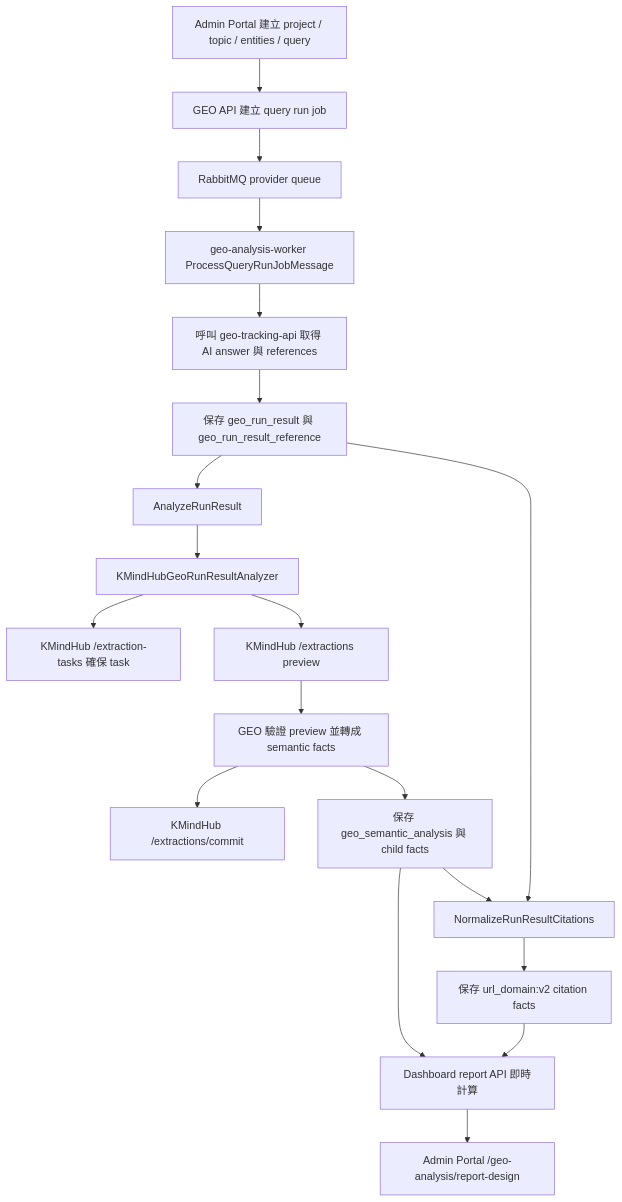
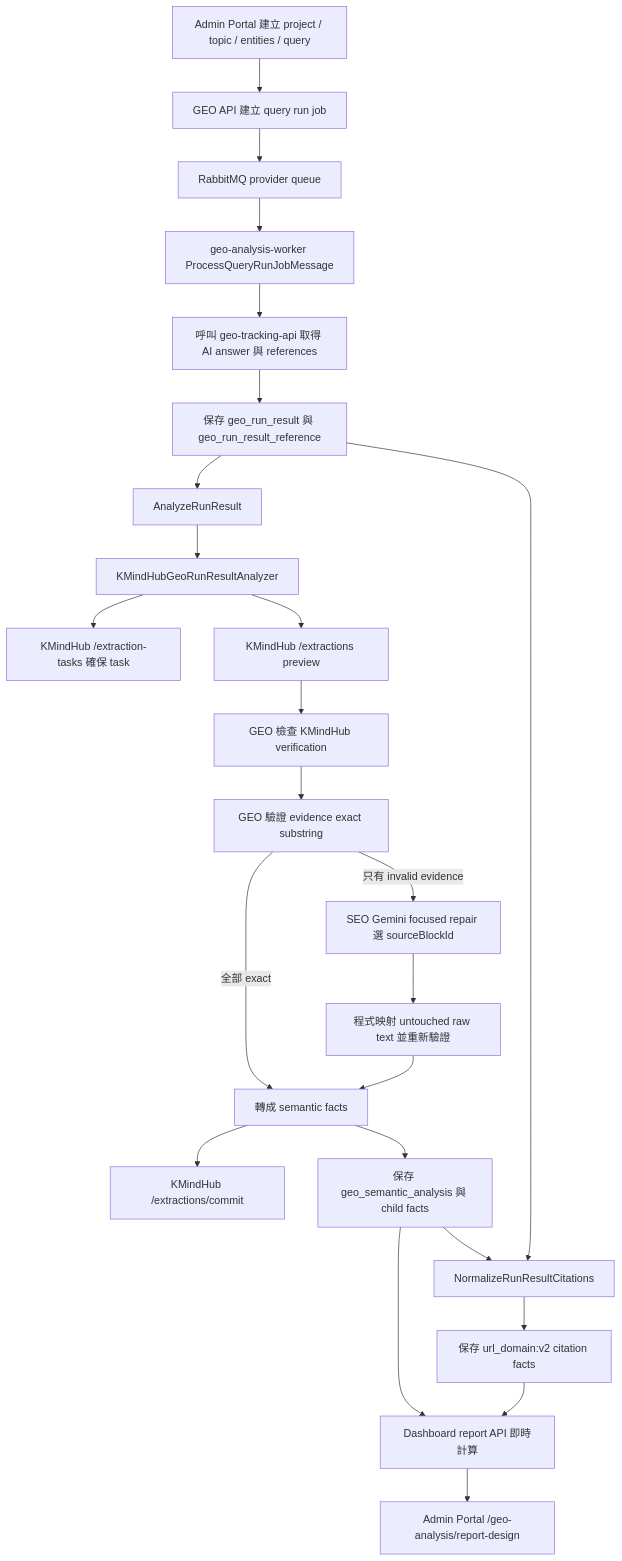
The diagram in docs/integrations/geo-analysis-kmindhub-report-pipeline.md (woola168/seo), drawn with Mermaid before and after one commit. The commit also changed other lines of this file and 21 other files, not shown here.

Commit message:
fix(geo-analysis): 新增逐字 evidence 修復流程 (#7)

````diff
--- a/docs/integrations/geo-analysis-kmindhub-report-pipeline.md
+++ b/docs/integrations/geo-analysis-kmindhub-report-pipeline.md
@@ -9,21 +9,26 @@
 ```mermaid
 flowchart TD
   A["Admin Portal 建立 project / topic / entities / query"] --> B["GEO API 建立 query run job"]
   B --> C["RabbitMQ provider queue"]
   C --> D["geo-analysis-worker ProcessQueryRunJobMessage"]
   D --> E["呼叫 geo-tracking-api 取得 AI answer 與 references"]
   E --> F["保存 geo_run_result 與 geo_run_result_reference"]
   F --> G["AnalyzeRunResult"]
   G --> H["KMindHubGeoRunResultAnalyzer"]
   H --> I["KMindHub /extraction-tasks 確保 task"]
   H --> J["KMindHub /extractions preview"]
-  J --> K["GEO 驗證 preview 並轉成 semantic facts"]
-  K --> L["KMindHub /extractions/commit"]
-  K --> M["保存 geo_semantic_analysis 與 child facts"]
+  J --> K["GEO 檢查 KMindHub verification"]
+  K --> R["GEO 驗證 evidence exact substring"]
+  R -->|只有 invalid evidence| S["SEO Gemini focused repair 選 sourceBlockId"]
+  S --> T["程式映射 untouched raw text 並重新驗證"]
+  R -->|全部 exact| U["轉成 semantic facts"]
+  T --> U
+  U --> L["KMindHub /extractions/commit"]
+  U --> M["保存 geo_semantic_analysis 與 child facts"]
   M --> N["NormalizeRunResultCitations"]
   F --> N
   N --> O["保存 url_domain:v2 citation facts"]
   M --> P["Dashboard report API 即時計算"]
   O --> P
   P --> Q["Admin Portal /geo-analysis/report-design"]
 ```
````
